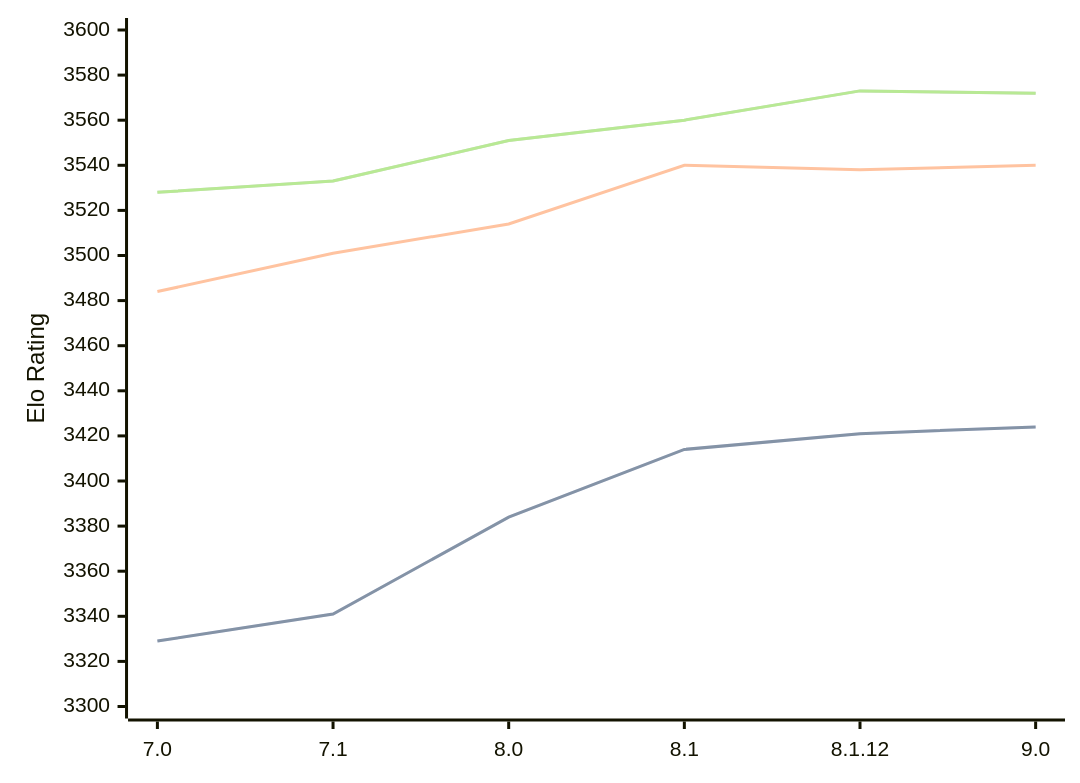
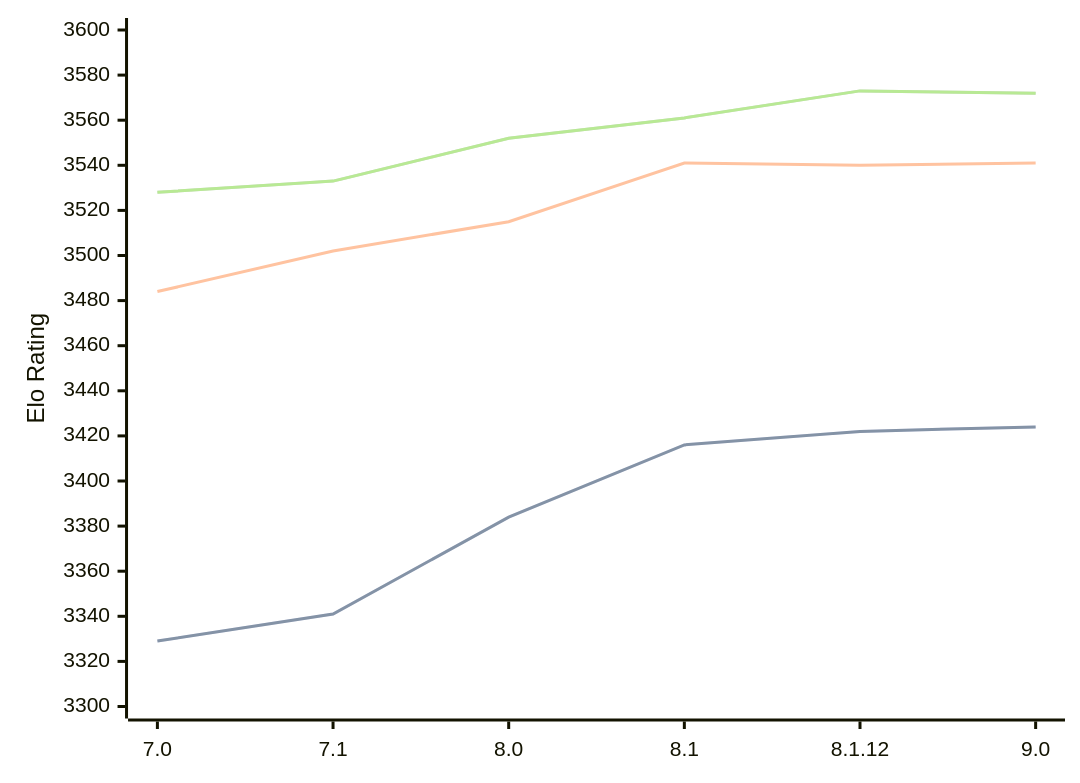
One commit to computer-chess-index/cci changed the diagram in engines/Alexandria.md. Above: the diagram before and after it, drawn with Mermaid. The commit also changed other lines of this file, not shown here.

Commit message:
Update CCI Ratings (ELO VLTC) - 2026-08-19

````diff
--- a/engines/Alexandria.md
+++ b/engines/Alexandria.md
@@ -36,11 +36,11 @@
 ```mermaid
 %%{init: {"theme":"base","themeVariables":{"seriesColors:['#a3a3a3','#222221','#faa371']}}}%%
 xychart-beta
   x-axis ["7.0", "7.1", "8.0", "8.1", "8.1.12", "9.0"]
   y-axis "Elo Rating" 3300 --> 3600
-  line "STC (8.0+0.08s)" [3329, 3341, 3384, 3414, 3421, 3424]
-  line "STC (8.0+0.08s)" [3329, 3341, 3384, 3414, 3421, 3424]
-  line "LTC (60.0+0.60s)" [3484, 3501, 3514, 3540, 3538, 3540]
-  line "VLTC (2m24s+1.12s)" [3528, 3533, 3551, 3560, 3573, 3572]
-  line "VLTC (2m24s+1.12s)" [3528, 3533, 3551, 3560, 3573, 3572]
+  line "STC (8.0+0.08s)" [3329, 3341, 3384, 3416, 3422, 3424]
+  line "STC (8.0+0.08s)" [3329, 3341, 3384, 3416, 3422, 3424]
+  line "LTC (60.0+0.60s)" [3484, 3502, 3515, 3541, 3540, 3541]
+  line "VLTC (2m24s+1.12s)" [3528, 3533, 3552, 3561, 3573, 3572]
+  line "VLTC (2m24s+1.12s)" [3528, 3533, 3552, 3561, 3573, 3572]
 ```
````
